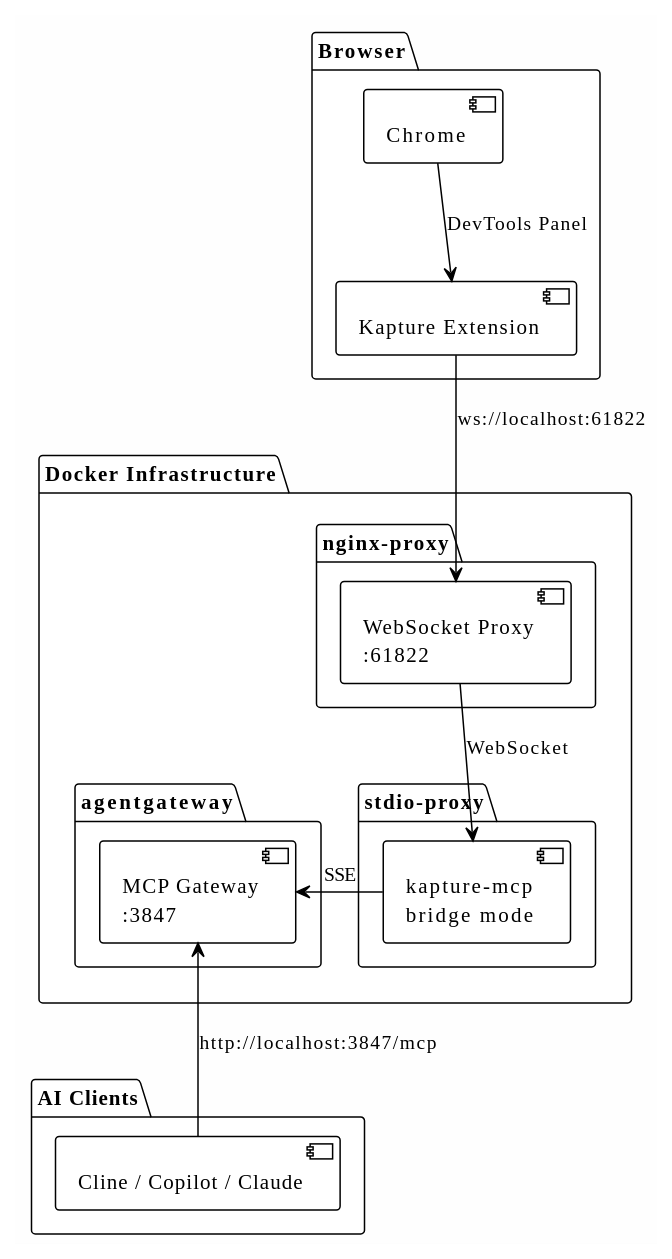
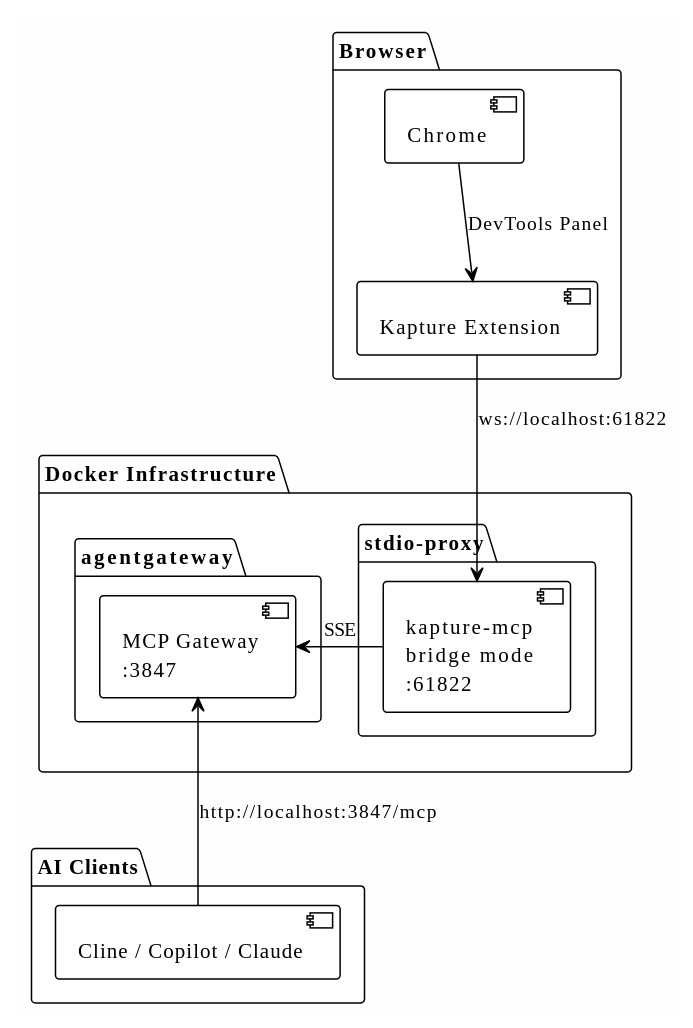
The diagram in mcps/kapture/readme.md (bobthearsonist/ai-infrastructure), drawn with PlantUML before and after one commit. The commit also changed other lines of this file and 8 other files, not shown here.

Commit message:
feat: integrate Kapture MCP with stdio-proxy and update related configurations

````diff
--- a/mcps/kapture/readme.md
+++ b/mcps/kapture/readme.md
@@ -10,37 +10,32 @@
 ```plantuml
 @startuml Kapture Integration
 !theme plain
 skinparam backgroundColor #FEFEFE
 
 package "Browser" {
   [Chrome] as chrome
   [Kapture Extension] as ext
   chrome -down-> ext : DevTools Panel
 }
 
 package "Docker Infrastructure" {
-  package "nginx-proxy" {
-    [WebSocket Proxy\n:61822] as ws_proxy
-  }
-
   package "stdio-proxy" {
-    [kapture-mcp\nbridge mode] as kapture_mcp
+    [kapture-mcp\nbridge mode\n:61822] as kapture_mcp
   }
 
   package "agentgateway" {
     [MCP Gateway\n:3847] as gateway
   }
 
-  ws_proxy -down-> kapture_mcp : WebSocket
   kapture_mcp -right-> gateway : SSE
 }
 
 package "AI Clients" {
   [Cline / Copilot / Claude] as clients
 }
 
-ext -down-> ws_proxy : ws://localhost:61822
+ext -down-> kapture_mcp : ws://localhost:61822
 clients -up-> gateway : http://localhost:3847/mcp
 
 @enduml
 ```
````
